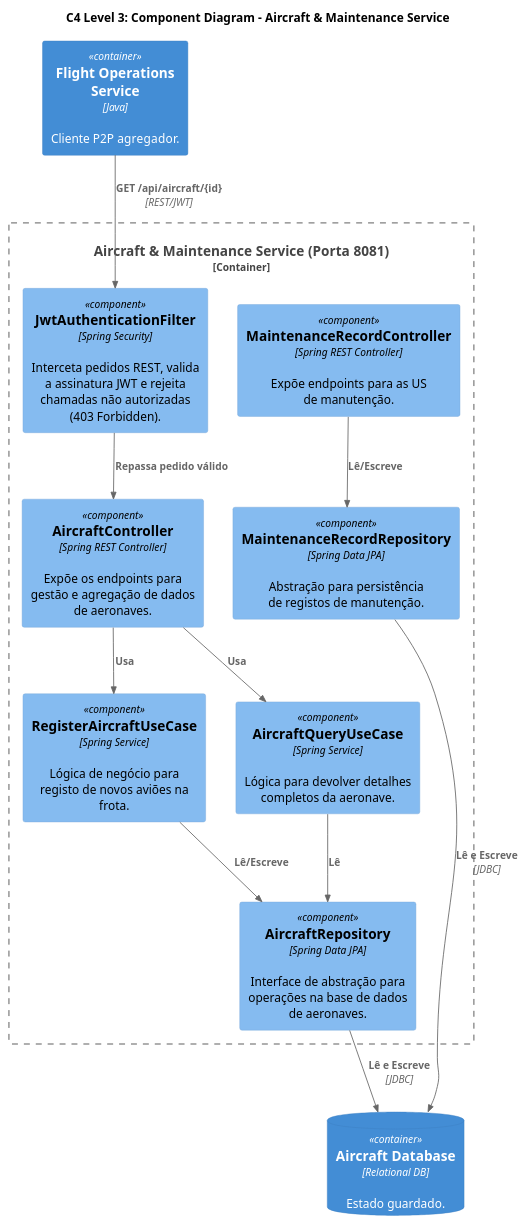
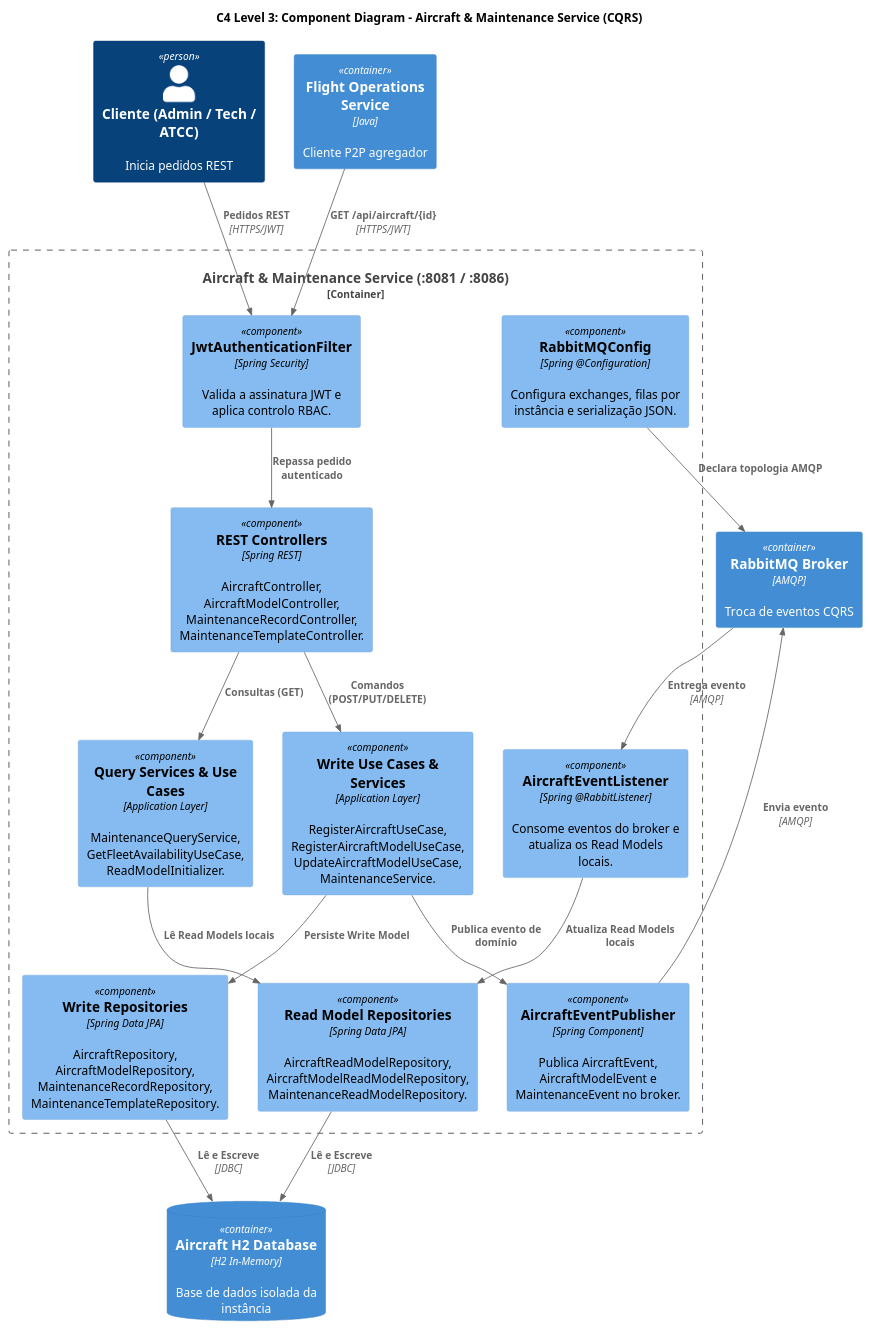
Before and after one commit to jvonhafe/LETI_1241237_SIDIS_2026: the diagram in aircraft-service/docs/c4_level3_aircraft_components.puml, drawn with PlantUML. The commit also changed 3 other files, not shown here.

Commit message:
Documentação aircraft-service e nova porta

```diff
--- a/aircraft-service/docs/c4_level3_aircraft_components.puml
+++ b/aircraft-service/docs/c4_level3_aircraft_components.puml
@@ -1,35 +1,47 @@
 @startuml c4_level3_aircraft_components
 !include https://raw.githubusercontent.com/plantuml-stdlib/C4-PlantUML/master/C4_Component.puml
 
-title "C4 Level 3: Component Diagram - Aircraft & Maintenance Service"
+title "C4 Level 3: Component Diagram - Aircraft & Maintenance Service (CQRS)"
 
-Container_Boundary(aircraft_service, "Aircraft & Maintenance Service (Porta 8081)") {
-    Component(security_filter, "JwtAuthenticationFilter", "Spring Security", "Interceta pedidos REST, valida a assinatura JWT e rejeita chamadas não autorizadas (403 Forbidden).")
+Container_Boundary(aircraft_service, "Aircraft & Maintenance Service (:8081 / :8086)") {
+    Component(security_filter, "JwtAuthenticationFilter", "Spring Security", "Valida a assinatura JWT e aplica controlo RBAC.")
 
-    Component(aircraft_controller, "AircraftController", "Spring REST Controller", "Expõe os endpoints para gestão e agregação de dados de aeronaves.")
-    Component(maintenance_controller, "MaintenanceRecordController", "Spring REST Controller", "Expõe endpoints para as US de manutenção.")
+    Component(controllers, "REST Controllers", "Spring REST", "AircraftController, AircraftModelController, MaintenanceRecordController, MaintenanceTemplateController.")
 
-    Component(register_uc, "RegisterAircraftUseCase", "Spring Service", "Lógica de negócio para registo de novos aviões na frota.")
-    Component(query_uc, "AircraftQueryUseCase", "Spring Service", "Lógica para devolver detalhes completos da aeronave.")
+    Component(write_services, "Write Use Cases & Services", "Application Layer", "RegisterAircraftUseCase, RegisterAircraftModelUseCase, UpdateAircraftModelUseCase, MaintenanceService.")
+    Component(query_services, "Query Services & Use Cases", "Application Layer", "MaintenanceQueryService, GetFleetAvailabilityUseCase, ReadModelInitializer.")
 
-    Component(aircraft_repo, "AircraftRepository", "Spring Data JPA", "Interface de abstração para operações na base de dados de aeronaves.")
-    Component(maintenance_repo, "MaintenanceRecordRepository", "Spring Data JPA", "Abstração para persistência de registos de manutenção.")
+    Component(rabbit_config, "RabbitMQConfig", "Spring @Configuration", "Configura exchanges, filas por instância e serialização JSON.")
+    Component(event_pub, "AircraftEventPublisher", "Spring Component", "Publica AircraftEvent, AircraftModelEvent e MaintenanceEvent no broker.")
+    Component(event_listener, "AircraftEventListener", "Spring @RabbitListener", "Consome eventos do broker e atualiza os Read Models locais.")
+
+    Component(write_repos, "Write Repositories", "Spring Data JPA", "AircraftRepository, AircraftModelRepository, MaintenanceRecordRepository, MaintenanceTemplateRepository.")
+    Component(read_repos, "Read Model Repositories", "Spring Data JPA", "AircraftReadModelRepository, AircraftModelReadModelRepository, MaintenanceReadModelRepository.")
 }
 
-Container(flight_ops, "Flight Operations Service", "Java", "Cliente P2P agregador.")
-ContainerDb(db, "Aircraft Database", "Relational DB", "Estado guardado.")
+Person(user, "Cliente (Admin / Tech / ATCC)", "Inicia pedidos REST")
+Container(flight_ops, "Flight Operations Service", "Java", "Cliente P2P agregador")
+Container(rabbitmq, "RabbitMQ Broker", "AMQP", "Troca de eventos CQRS")
+ContainerDb(db, "Aircraft H2 Database", "H2 In-Memory", "Base de dados isolada da instância")
 
-Rel(flight_ops, security_filter, "GET /api/aircraft/{id}", "REST/JWT")
-Rel(security_filter, aircraft_controller, "Repassa pedido válido")
+Rel(user, security_filter, "Pedidos REST", "HTTPS/JWT")
+Rel(flight_ops, security_filter, "GET /api/aircraft/{id}", "HTTPS/JWT")
+Rel(security_filter, controllers, "Repassa pedido autenticado")
 
-Rel(aircraft_controller, register_uc, "Usa")
-Rel(aircraft_controller, query_uc, "Usa")
-Rel(maintenance_controller, maintenance_repo, "Lê/Escreve")
+Rel(controllers, write_services, "Comandos (POST/PUT/DELETE)")
+Rel(controllers, query_services, "Consultas (GET)")
 
-Rel(register_uc, aircraft_repo, "Lê/Escreve")
-Rel(query_uc, aircraft_repo, "Lê")
+Rel(write_services, write_repos, "Persiste Write Model")
+Rel(write_services, event_pub, "Publica evento de domínio")
+Rel(event_pub, rabbitmq, "Envia evento", "AMQP")
 
-Rel(aircraft_repo, db, "Lê e Escreve", "JDBC")
-Rel(maintenance_repo, db, "Lê e Escreve", "JDBC")
+Rel(rabbitmq, event_listener, "Entrega evento", "AMQP")
+Rel(event_listener, read_repos, "Atualiza Read Models locais")
+Rel(rabbit_config, rabbitmq, "Declara topologia AMQP")
+
+Rel(query_services, read_repos, "Lê Read Models locais")
+
+Rel(write_repos, db, "Lê e Escreve", "JDBC")
+Rel(read_repos, db, "Lê e Escreve", "JDBC")
 
 @enduml
```
